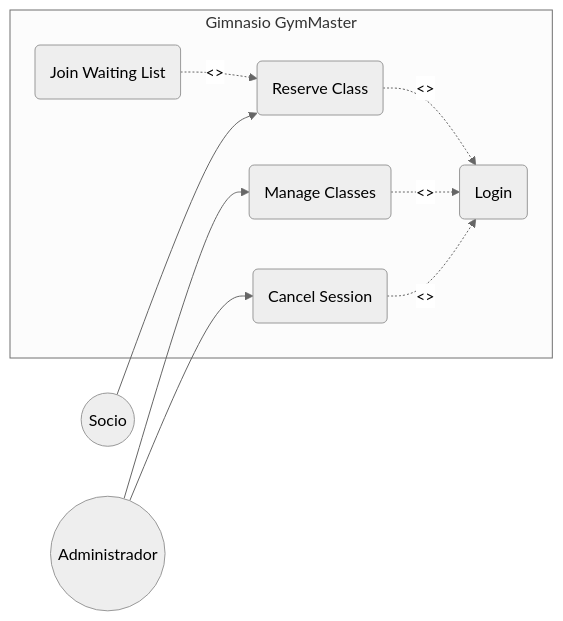
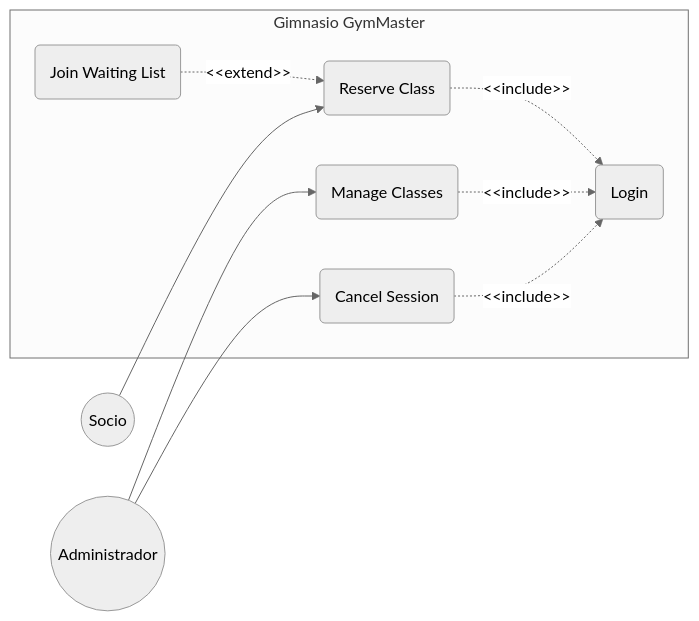
One commit to bbaakkuu-svg/Entorno-7.5 changed the first of 5 diagrams in README.md. Above: the diagram before and after it, drawn with Mermaid (neutral theme). The commit also changed other lines of this file, not shown here.

First line of the commit message:
Revise activity diagram for reservation validation

````diff
--- a/README.md
+++ b/README.md
@@ -17,23 +17,23 @@
 ```mermaid
 
 graph LR
     subgraph SystemBoundary ["Gimnasio GymMaster"]
         UC_Login(Login)
         UC_Reserve(Reserve Class)
         UC_Waitlist(Join Waiting List)
         UC_ManageClasses(Manage Classes)
         UC_CancelSession(Cancel Session)
 
-        UC_Reserve -.-> |"<<include>>"| UC_Login
-        UC_Waitlist -.-> |"<<extend>>"| UC_Reserve
-        UC_ManageClasses -.-> |"<<include>>"| UC_Login
-        UC_CancelSession -.-> |"<<include>>"| UC_Login
+        UC_Reserve -.-> |&lt;&lt;include&gt;&gt;| UC_Login
+        UC_Waitlist -.-> |&lt;&lt;extend&gt;&gt;| UC_Reserve
+        UC_ManageClasses -.-> |&lt;&lt;include&gt;&gt;| UC_Login
+        UC_CancelSession -.-> |&lt;&lt;include&gt;&gt;| UC_Login
     end
 
     ActorMember((Socio))
     ActorAdmin((Administrador))
 
     ActorMember --> UC_Reserve
     ActorAdmin --> UC_ManageClasses
     ActorAdmin --> UC_CancelSession
 ```
````
